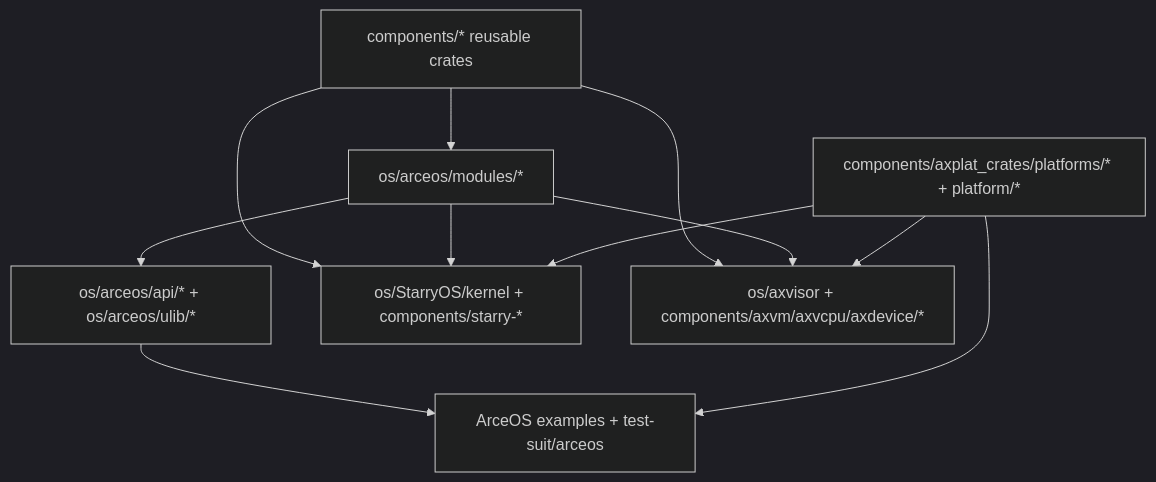
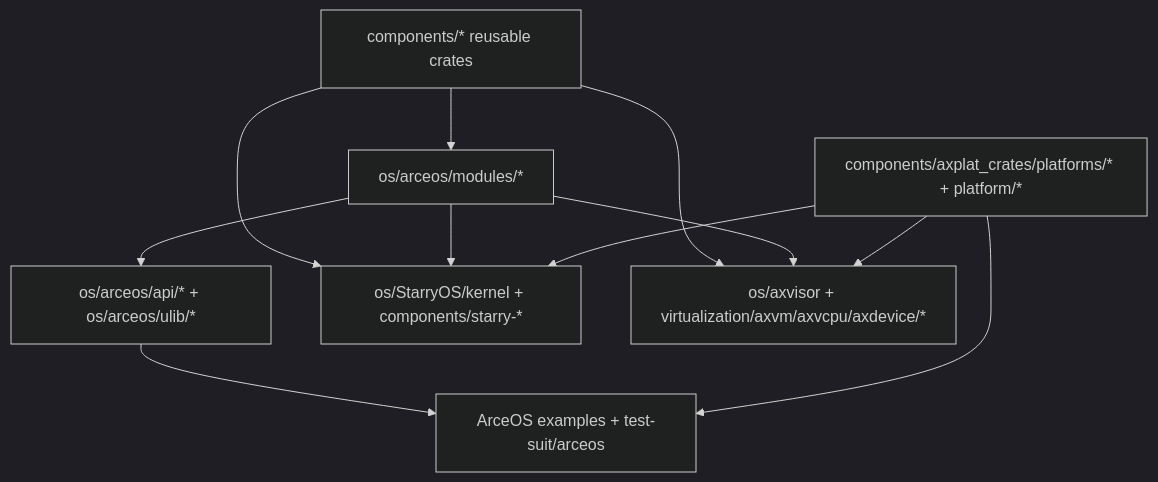
Before and after one commit to rcore-os/tgoskits: the diagram in docs/docs/development/components.md, drawn with Mermaid (dark theme). The commit also changed other lines of this file and 437 other files, not shown here.

````diff
--- a/docs/docs/development/components.md
+++ b/docs/docs/development/components.md
@@ -35,21 +35,21 @@
 ```mermaid
 flowchart TD
     ReusableCrate["components/* reusable crates"]
     ArceosModules["os/arceos/modules/*"]
     ArceosApi["os/arceos/api/* + os/arceos/ulib/*"]
     ArceosApps["ArceOS examples + test-suit/arceos"]
     StarryKernel["os/StarryOS/kernel + components/starry-*"]
-    AxvisorRuntime["os/axvisor + components/axvm/axvcpu/axdevice/*"]
+    AxvisorRuntime["os/axvisor + virtualization/axvm/axvcpu/axdevice/*"]
     PlatformCrates["components/axplat_crates/platforms/* + platform/*"]
 
     ReusableCrate --> ArceosModules
     ArceosModules --> ArceosApi
     ArceosApi --> ArceosApps
     ReusableCrate --> StarryKernel
     ArceosModules --> StarryKernel
     ReusableCrate --> AxvisorRuntime
     ArceosModules --> AxvisorRuntime
     PlatformCrates --> ArceosApps
     PlatformCrates --> StarryKernel
     PlatformCrates --> AxvisorRuntime
 ```
````
